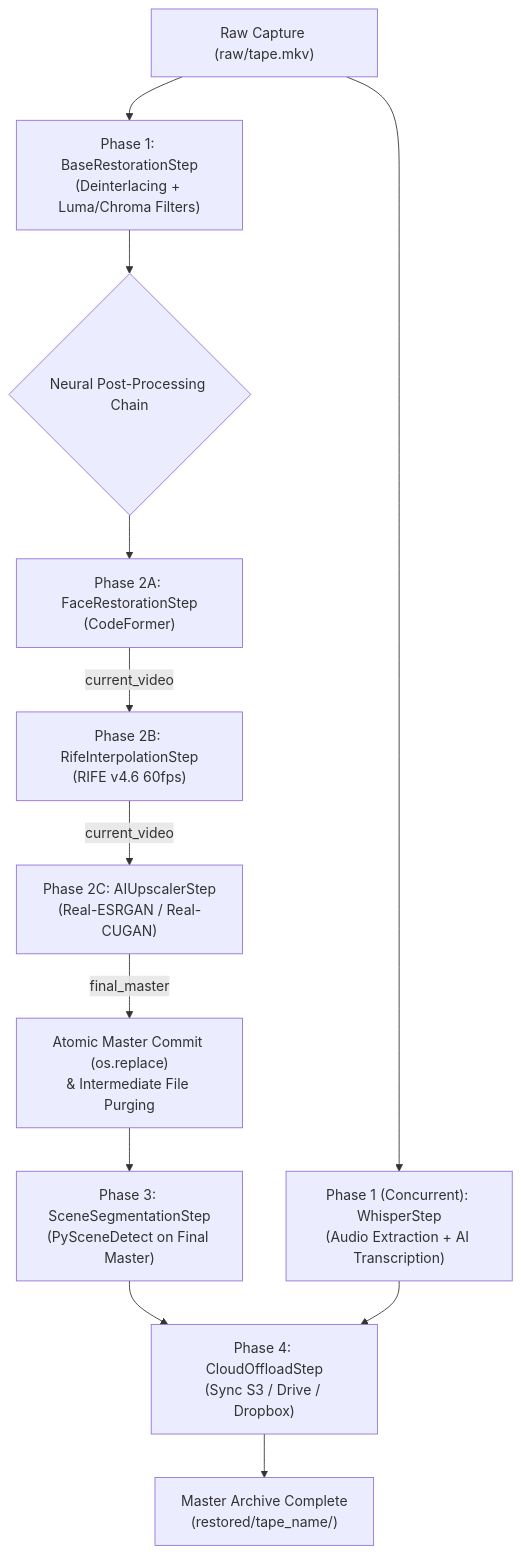
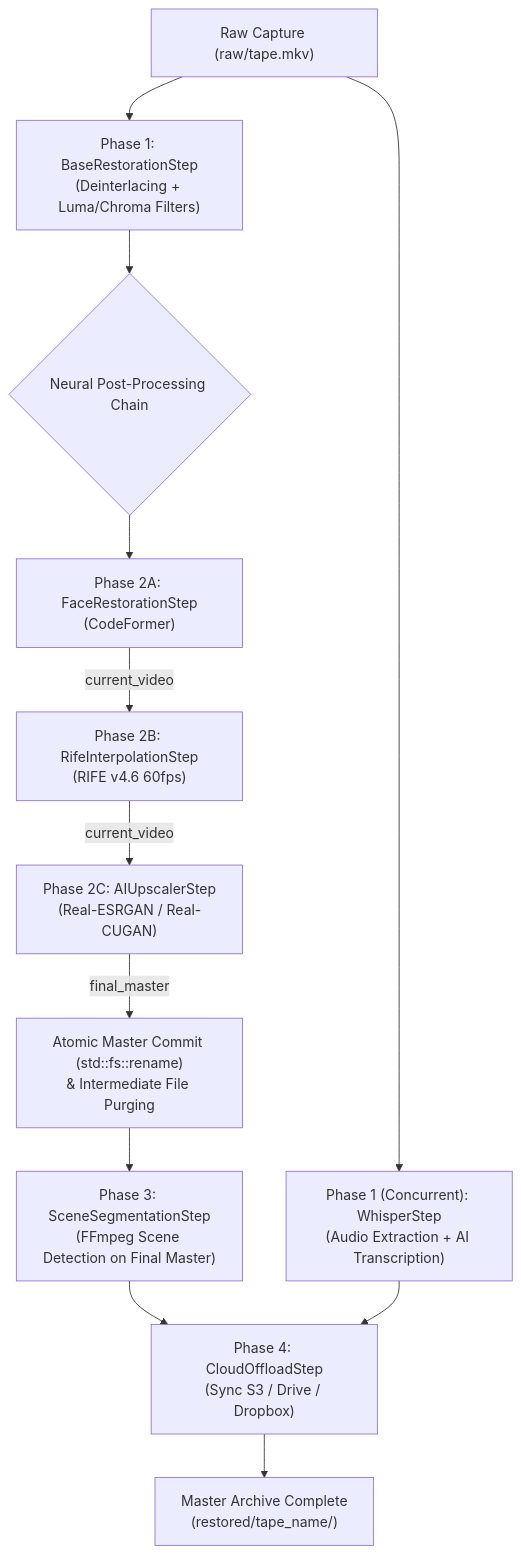
The diagram in docs/PIPELINE_GUIDE.md (orgchrono/vhs-capture-scripts), drawn with Mermaid before and after one commit. The commit also changed 4 other files, not shown here.

Commit message:
docs: eliminate legacy python references across architecture docs and remove bandit report

````diff
--- a/docs/PIPELINE_GUIDE.md
+++ b/docs/PIPELINE_GUIDE.md
@@ -22,18 +22,18 @@
 ```mermaid
 flowchart TD
     Raw["Raw Capture (raw/tape.mkv)"] --> BaseRestore["Phase 1: BaseRestorationStep\n(Deinterlacing + Luma/Chroma Filters)"]
     Raw --> Whisper["Phase 1 (Concurrent): WhisperStep\n(Audio Extraction + AI Transcription)"]
     
     BaseRestore --> PostCheck{"Neural Post-Processing Chain"}
     
     PostCheck --> FaceStep["Phase 2A: FaceRestorationStep\n(CodeFormer)"]
     FaceStep -->|"current_video"| RifeStep["Phase 2B: RifeInterpolationStep\n(RIFE v4.6 60fps)"]
     RifeStep -->|"current_video"| UpscaleStep["Phase 2C: AIUpscalerStep\n(Real-ESRGAN / Real-CUGAN)"]
     
-    UpscaleStep -->|"final_master"| CommitStep["Atomic Master Commit (os.replace)\n& Intermediate File Purging"]
+    UpscaleStep -->|"final_master"| CommitStep["Atomic Master Commit (std::fs::rename)\n& Intermediate File Purging"]
     
-    CommitStep --> SceneStep["Phase 3: SceneSegmentationStep\n(PySceneDetect on Final Master)"]
+    CommitStep --> SceneStep["Phase 3: SceneSegmentationStep\n(FFmpeg Scene Detection on Final Master)"]
     SceneStep --> CloudStep["Phase 4: CloudOffloadStep\n(Sync S3 / Drive / Dropbox)"]
     Whisper --> CloudStep
     CloudStep --> Output["Master Archive Complete\n(restored/tape_name/)"]
 ```
````
